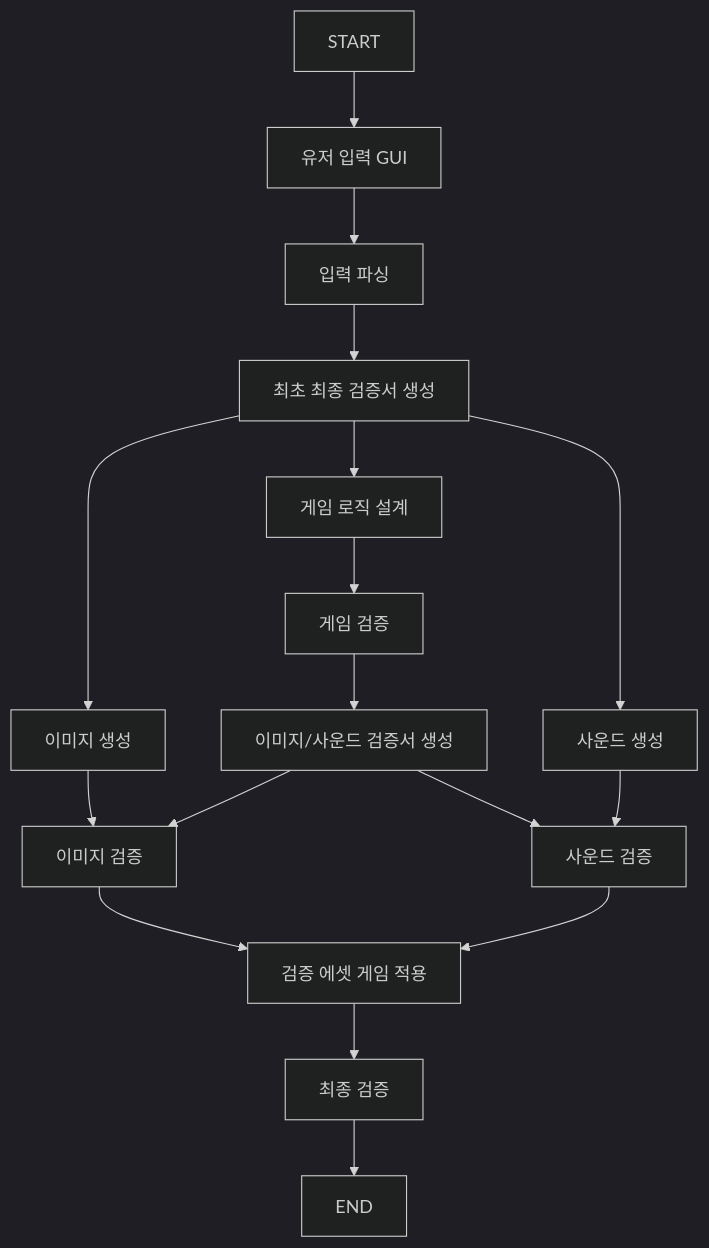
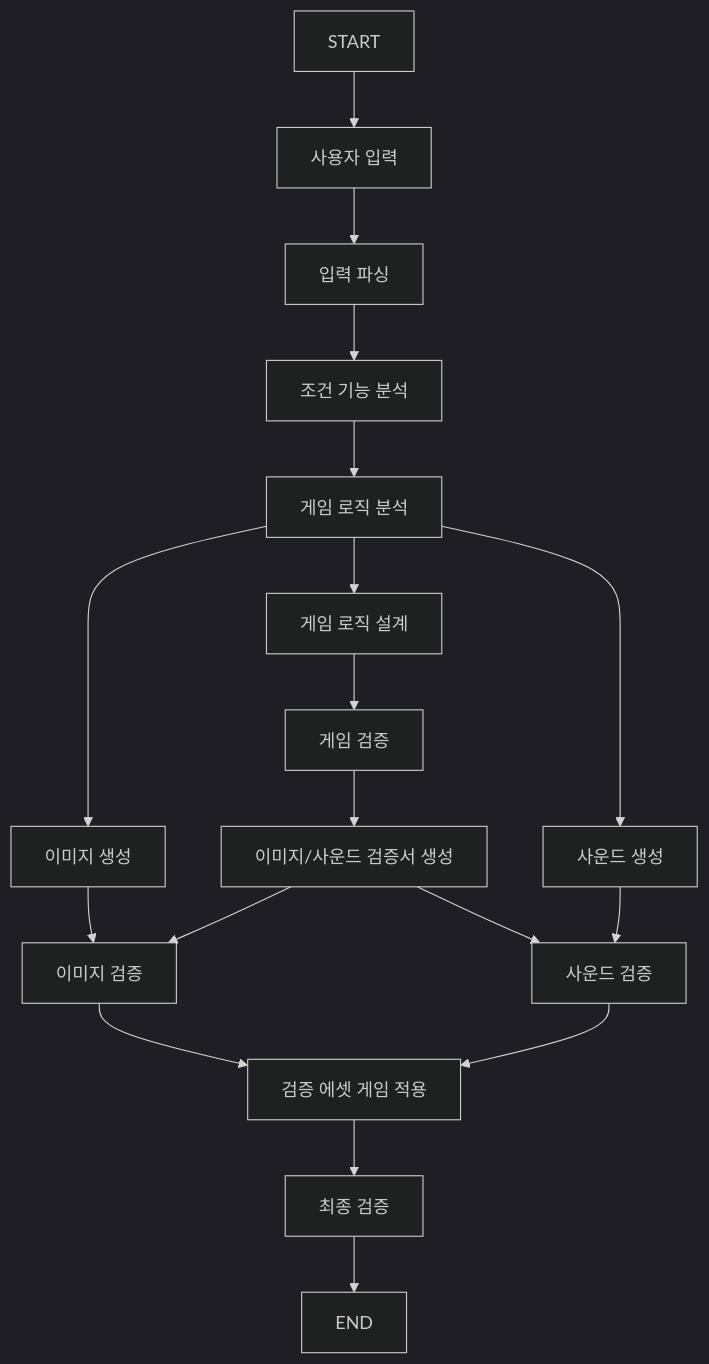
Before and after one commit to 2026-2-CapstoneTeamIdle/MainFlowChart: the diagram in README.md, drawn with Mermaid (dark theme). The commit also changed other lines of this file and 34 other files, not shown here.

Commit message:
refactor: update graph input and analysis flow

````diff
--- a/README.md
+++ b/README.md
@@ -95,25 +83,22 @@
 ```mermaid
 flowchart TD
-    START --> UserInput[유저 입력 GUI]
+    START --> UserInput[사용자 입력]
     UserInput --> Parse[입력 파싱]
-    Parse --> FinalSpec[최초 최종 검증서 생성]
+    Parse --> Analysis[조건 기능 분석]
+    Analysis --> LogicAnalysis[게임 로직 분석]
 
-    FinalSpec --> ImageGen[이미지 생성]
-    FinalSpec --> GameDesign[게임 로직 설계]
-    FinalSpec --> SoundGen[사운드 생성]
+    LogicAnalysis --> ImageGen[이미지 생성]
+    LogicAnalysis --> GameDesign[게임 로직 설계]
+    LogicAnalysis --> SoundGen[사운드 생성]
 
     GameDesign --> GameValidate[게임 검증]
     GameValidate --> AssetSpec[이미지/사운드 검증서 생성]
-
     ImageGen --> ImageValidate[이미지 검증]
     AssetSpec --> ImageValidate
-
     SoundGen --> SoundValidate[사운드 검증]
     AssetSpec --> SoundValidate
-
     ImageValidate --> ApplyAssets[검증 에셋 게임 적용]
     SoundValidate --> ApplyAssets
-
     ApplyAssets --> FinalValidate[최종 검증]
     FinalValidate --> END
 ```
````
